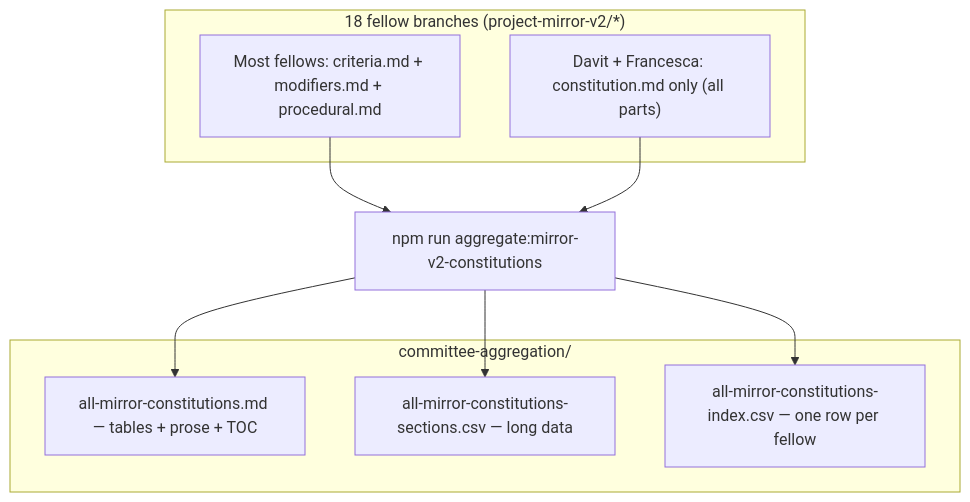
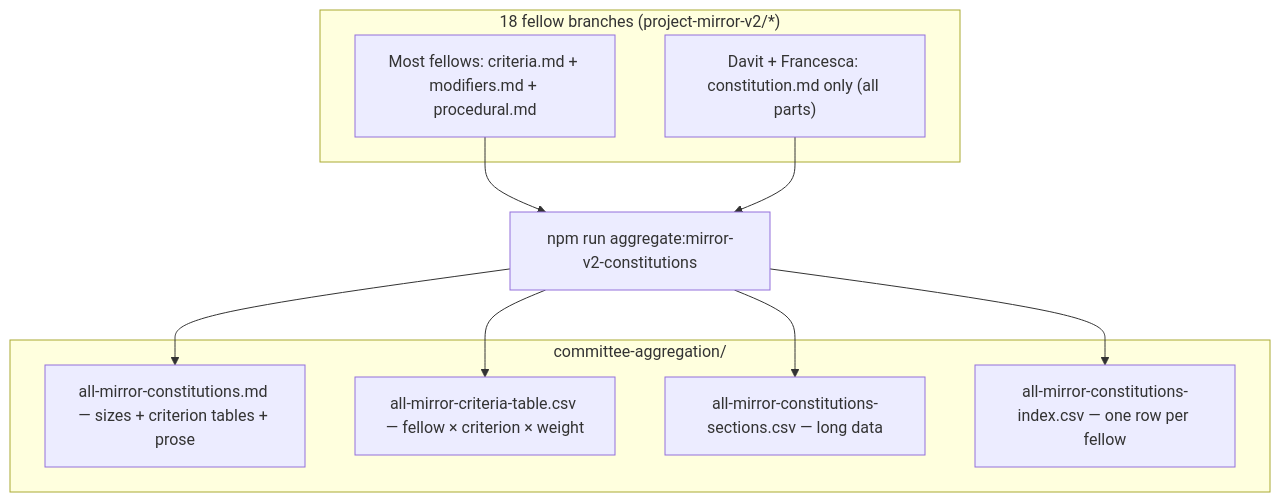
The diagram in iterations/project-mirror-v2/committee-aggregation/pr-93-body.md (nwspk/politech-awards-2026), drawn with Mermaid before and after one commit. The commit also changed other lines of this file and 5 other files, not shown here.

First line of the commit message:
feat(aggregate): Part A criterion catalogue (name + weight tables + CSV)

````diff
--- a/iterations/project-mirror-v2/committee-aggregation/pr-93-body.md
+++ b/iterations/project-mirror-v2/committee-aggregation/pr-93-body.md
@@ -5,21 +5,23 @@
 ```mermaid
 flowchart TB
   subgraph sources["18 fellow branches (project-mirror-v2/*)"]
     split["Most fellows: criteria.md + modifiers.md + procedural.md"]
     single["Davit + Francesca: constitution.md only (all parts)"]
   end
 
   run["npm run aggregate:mirror-v2-constitutions"]
 
   subgraph artifacts["committee-aggregation/"]
-    md["all-mirror-constitutions.md — tables + prose + TOC"]
+    md["all-mirror-constitutions.md — sizes + criterion tables + prose"]
+    crit["all-mirror-criteria-table.csv — fellow × criterion × weight"]
     sec["all-mirror-constitutions-sections.csv — long data"]
     idx["all-mirror-constitutions-index.csv — one row per fellow"]
   end
 
   split --> run
   single --> run
   run --> md
+  run --> crit
   run --> sec
   run --> idx
 ```
````
